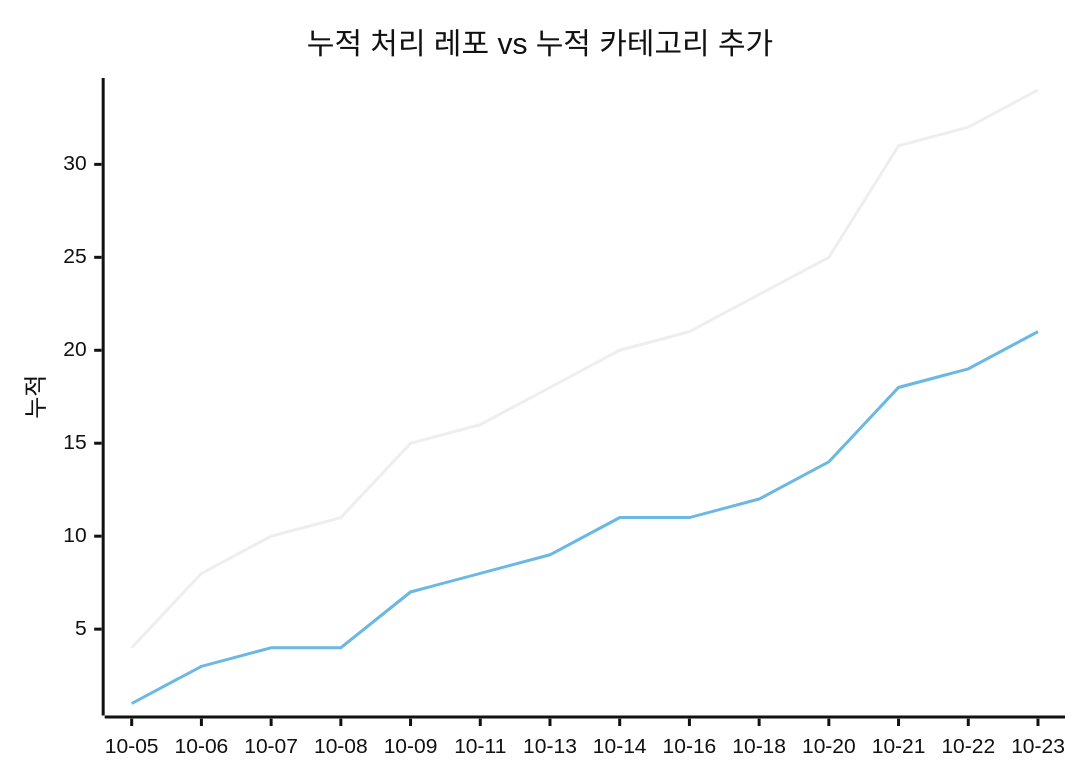
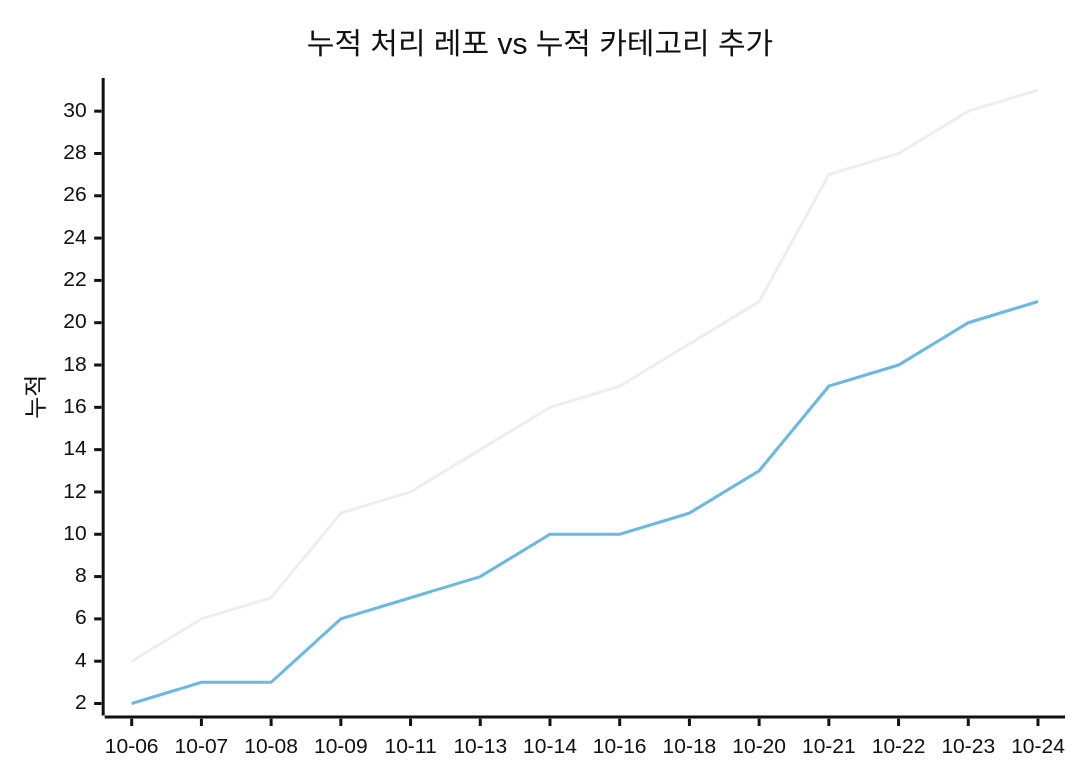
The second of 2 diagrams in docs/trends.md (J-nowcow/awesome-korean-agent-skills), drawn with Mermaid (neutral theme) before and after one commit. The commit also changed other lines of this file and 4 other files, not shown here.

````diff
--- a/docs/trends.md
+++ b/docs/trends.md
@@ -68,8 +68,8 @@
 ```mermaid
 xychart-beta
     title "누적 처리 레포 vs 누적 카테고리 추가"
-    x-axis ["10-05","10-06","10-07","10-08","10-09","10-11","10-13","10-14","10-16","10-18","10-20","10-21","10-22","10-23"]
+    x-axis ["10-06","10-07","10-08","10-09","10-11","10-13","10-14","10-16","10-18","10-20","10-21","10-22","10-23","10-24"]
     y-axis "누적"
-    line [4,8,10,11,15,16,18,20,21,23,25,31,32,34]
-    line [1,3,4,4,7,8,9,11,11,12,14,18,19,21]
+    line [4,6,7,11,12,14,16,17,19,21,27,28,30,31]
+    line [2,3,3,6,7,8,10,10,11,13,17,18,20,21]
 ```
````
